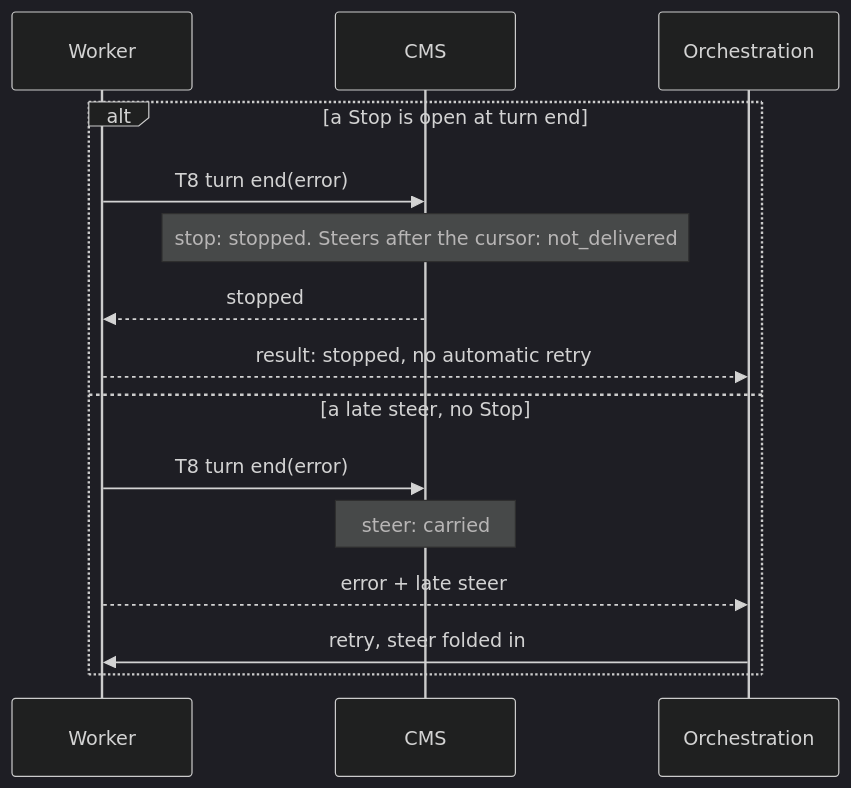
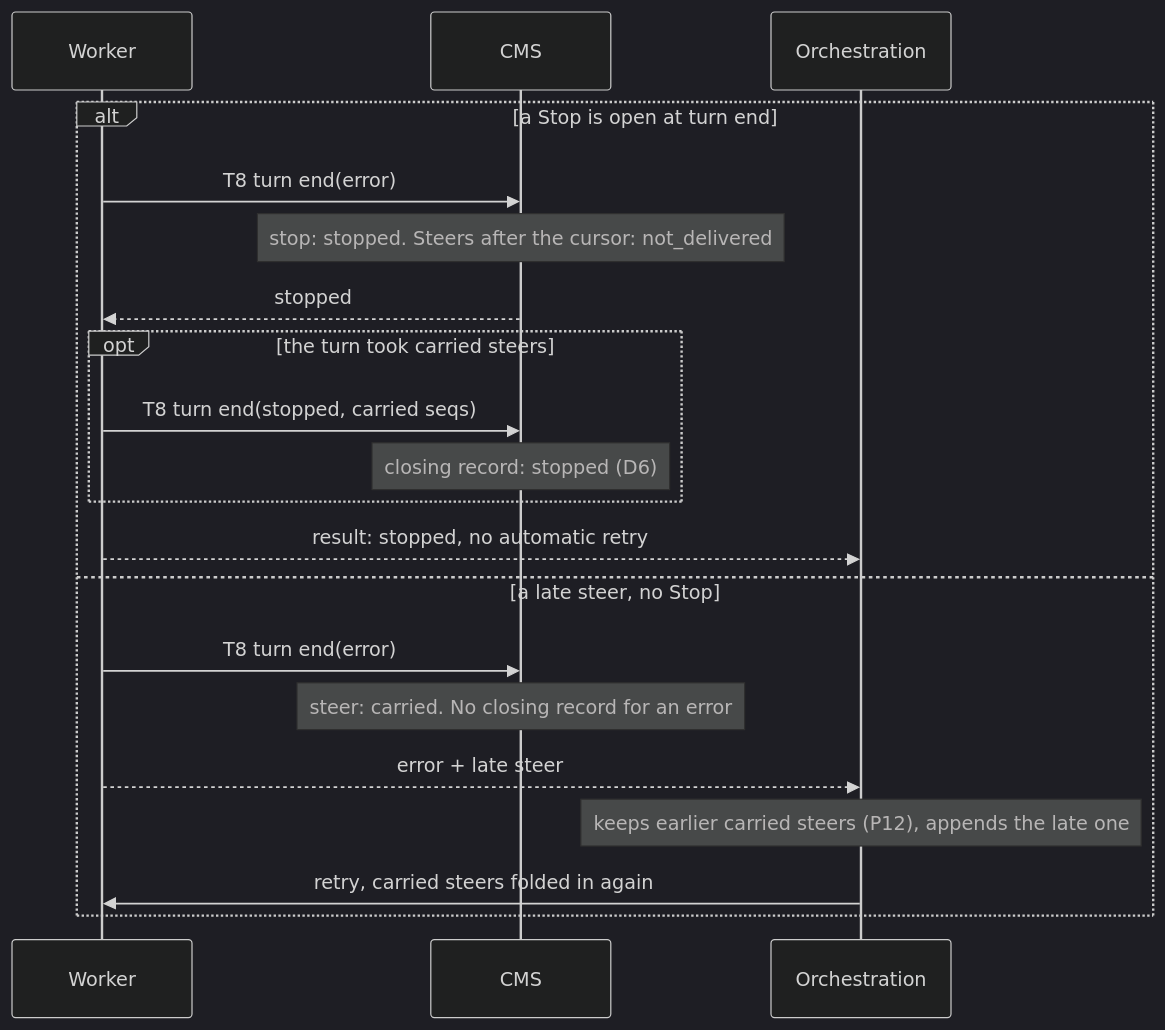
Before and after one commit to microsoft/PilotSwarm: diagram 12 of 13 in docs/proposals/session-turn-control.md, drawn with Mermaid (dark theme). The commit also changed other lines of this file, not shown here.

Commit message:
docs(turn-control): design revision 6 (as built)

````diff
--- a/docs/proposals/session-turn-control.md
+++ b/docs/proposals/session-turn-control.md
@@ -458,17 +539,22 @@
 ```mermaid
 sequenceDiagram
     participant W as Worker
     participant DB as CMS
     participant O as Orchestration
     alt a Stop is open at turn end
         W->>DB: T8 turn end(error)
         Note over DB: stop: stopped. Steers after the cursor: not_delivered
         DB-->>W: stopped
+        opt the turn took carried steers
+            W->>DB: T8 turn end(stopped, carried seqs)
+            Note over DB: closing record: stopped (D6)
+        end
         W-->>O: result: stopped, no automatic retry
     else a late steer, no Stop
         W->>DB: T8 turn end(error)
-        Note over DB: steer: carried
+        Note over DB: steer: carried. No closing record for an error
         W-->>O: error + late steer
-        O->>W: retry, steer folded in
+        Note over O: keeps earlier carried steers (P12), appends the late one
+        O->>W: retry, carried steers folded in again
     end
 ```
````
